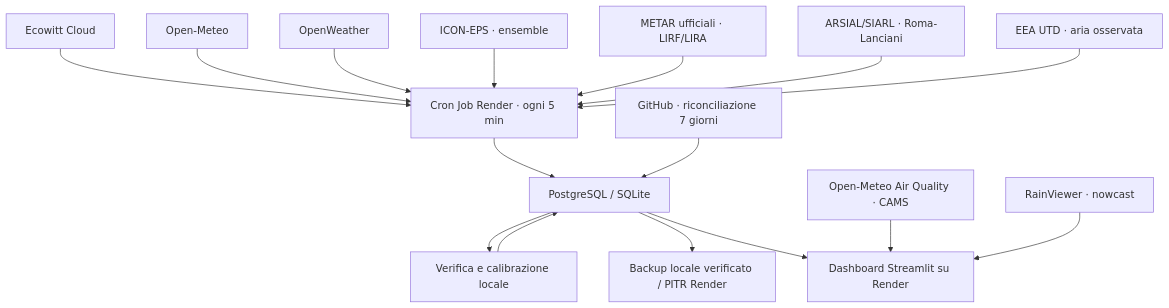
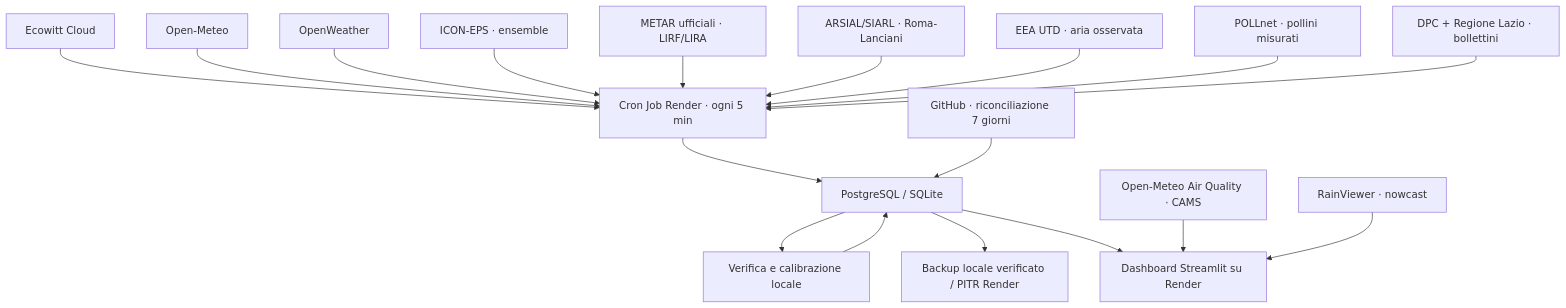
Before and after one commit to gio9772rm/weather-app: the diagram in README.md, drawn with Mermaid. The commit also changed other lines of this file and 21 other files, not shown here.

````diff
--- a/README.md
+++ b/README.md
@@ -39,18 +43,20 @@
 ```mermaid
 flowchart TD
   E["Ecowitt Cloud"] --> P["Cron Job Render · ogni 5 min"]
   OM["Open-Meteo"] --> P
   OW["OpenWeather"] --> P
   ENS["ICON-EPS · ensemble"] --> P
   METAR["METAR ufficiali · LIRF/LIRA"] --> P
   ARSIAL["ARSIAL/SIARL · Roma-Lanciani"] --> P
   EEA["EEA UTD · aria osservata"] --> P
+  POLL["POLLnet · pollini misurati"] --> P
+  DPC["DPC + Regione Lazio · bollettini"] --> P
   P --> DB["PostgreSQL / SQLite"]
   GH["GitHub · riconciliazione 7 giorni"] --> DB
   DB --> BK["Backup locale verificato / PITR Render"]
   DB --> UI["Dashboard Streamlit su Render"]
   AIR["Open-Meteo Air Quality · CAMS"] --> UI
   RV["RainViewer · nowcast"] --> UI
   DB --> Q["Verifica e calibrazione locale"]
   Q --> DB
 ```
````
